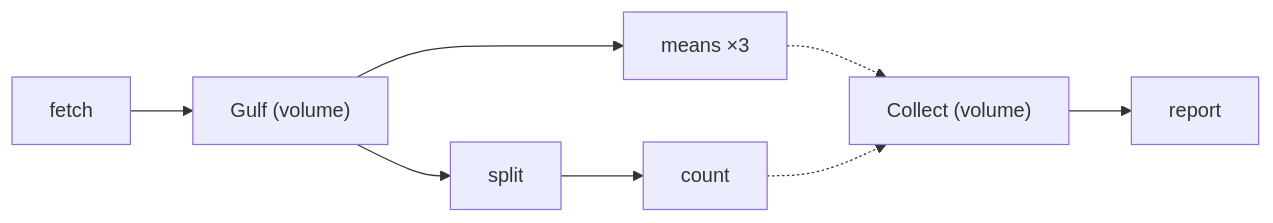
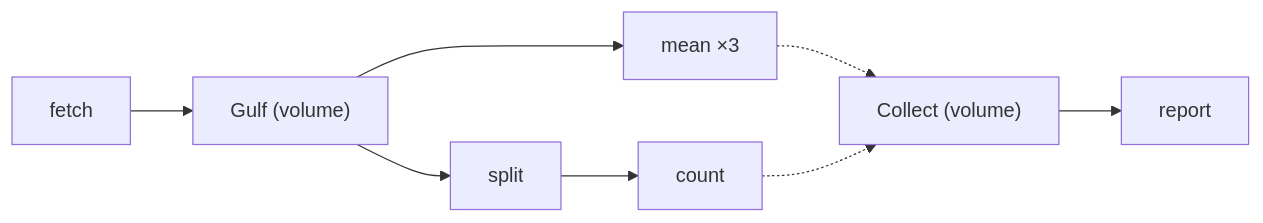
One commit to DagOnStar/DAGonStar-in-Practice changed the diagram in en/notes/A2-Ad_hoc_volumes_and_streams.md. Above: the diagram before and after it, drawn with Mermaid. The commit also changed other lines of this file and 81 other files, not shown here.

````diff
--- a/en/notes/A2-Ad_hoc_volumes_and_streams.md
+++ b/en/notes/A2-Ad_hoc_volumes_and_streams.md
@@ -196,17 +203,17 @@
 ```mermaid
 flowchart LR
   f["fetch"]
   g["Gulf (volume)"]
-  m["means ×3"]
+  m["mean ×3"]
   s["split"]
   c["count"]
   d["Collect (volume)"]
   r["report"]
   f --> g
   g --> m
   g --> s
   s --> c
   m -.-> d
   c -.-> d
   d --> r
 ```
````
